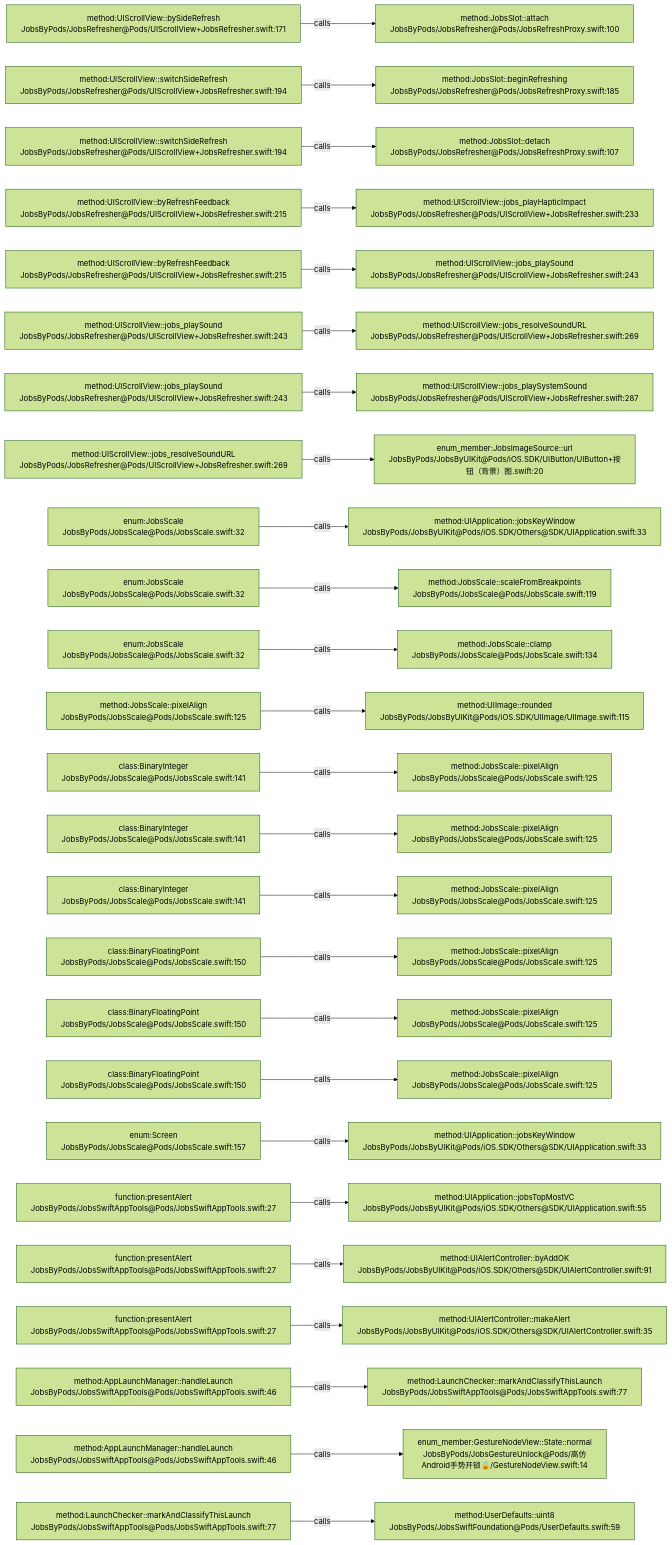
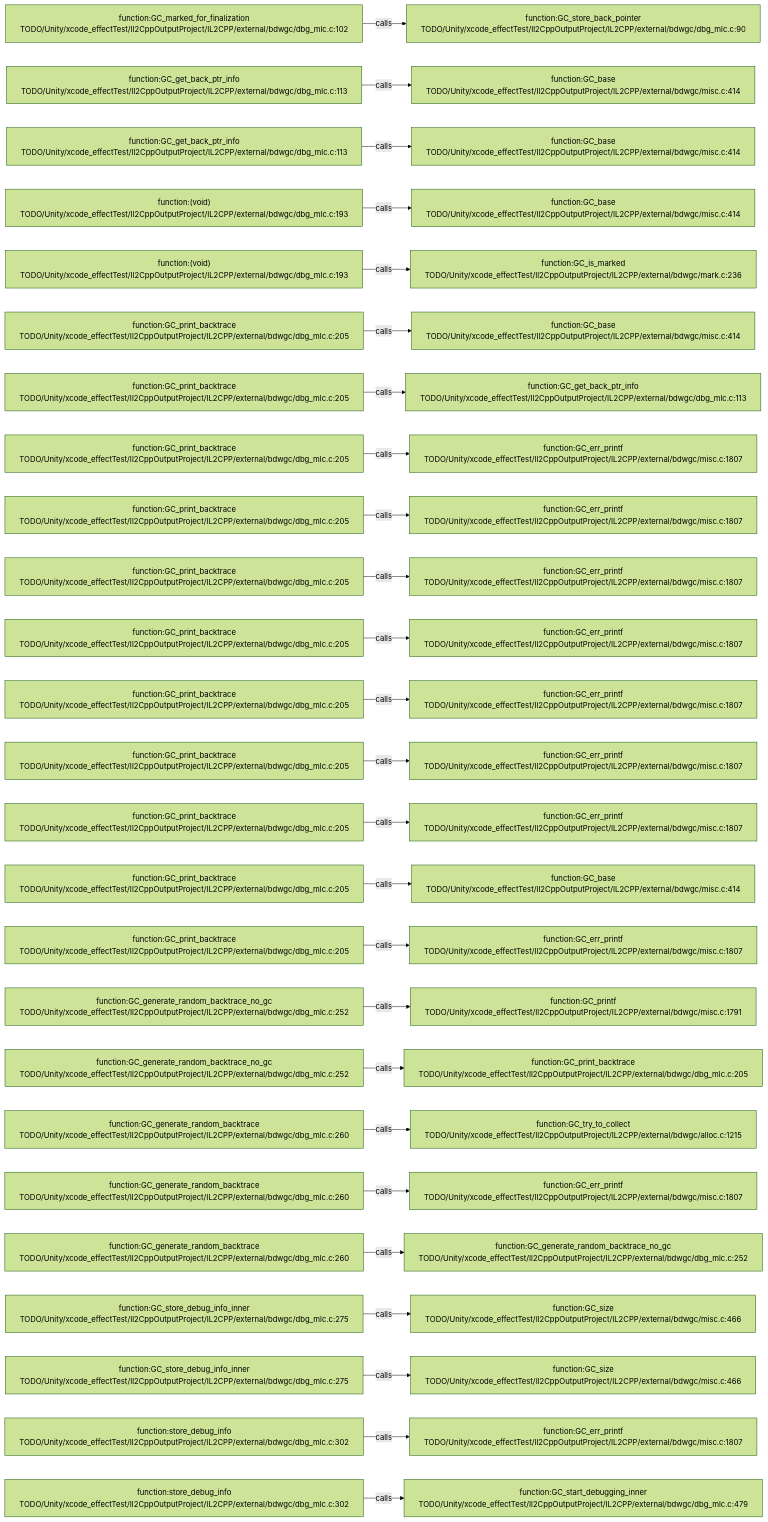
One commit to JobsKits/JobsSwiftBaseConfigDemo changed the diagram in .codegraph/codegraph.md/graphs/calls-165.md. Above: the diagram before and after it, drawn with Mermaid (forest theme). The commit also changed 569 other files, not shown here.

````diff
--- a/.codegraph/codegraph.md/graphs/calls-165.md
+++ b/.codegraph/codegraph.md/graphs/calls-165.md
@@ -13,78 +13,78 @@
 ```mermaid
 flowchart LR
-  S1["method:UIScrollView::bySideRefresh<br/>JobsByPods/JobsRefresher@Pods/UIScrollView+JobsRefresher.swift:171"]
-  T1["method:JobsSlot::attach<br/>JobsByPods/JobsRefresher@Pods/JobsRefreshProxy.swift:100"]
+  S1["function:GC_marked_for_finalization<br/>TODO/Unity/xcode_effectTest/Il2CppOutputProject/IL2CPP/external/bdwgc/dbg_mlc.c:102"]
+  T1["function:GC_store_back_pointer<br/>TODO/Unity/xcode_effectTest/Il2CppOutputProject/IL2CPP/external/bdwgc/dbg_mlc.c:90"]
   S1 -->|calls| T1
-  S2["method:UIScrollView::switchSideRefresh<br/>JobsByPods/JobsRefresher@Pods/UIScrollView+JobsRefresher.swift:194"]
-  T2["method:JobsSlot::beginRefreshing<br/>JobsByPods/JobsRefresher@Pods/JobsRefreshProxy.swift:185"]
+  S2["function:GC_get_back_ptr_info<br/>TODO/Unity/xcode_effectTest/Il2CppOutputProject/IL2CPP/external/bdwgc/dbg_mlc.c:113"]
+  T2["function:GC_base<br/>TODO/Unity/xcode_effectTest/Il2CppOutputProject/IL2CPP/external/bdwgc/misc.c:414"]
   S2 -->|calls| T2
-  S3["method:UIScrollView::switchSideRefresh<br/>JobsByPods/JobsRefresher@Pods/UIScrollView+JobsRefresher.swift:194"]
-  T3["method:JobsSlot::detach<br/>JobsByPods/JobsRefresher@Pods/JobsRefreshProxy.swift:107"]
+  S3["function:GC_get_back_ptr_info<br/>TODO/Unity/xcode_effectTest/Il2CppOutputProject/IL2CPP/external/bdwgc/dbg_mlc.c:113"]
+  T3["function:GC_base<br/>TODO/Unity/xcode_effectTest/Il2CppOutputProject/IL2CPP/external/bdwgc/misc.c:414"]
   S3 -->|calls| T3
-  S4["method:UIScrollView::byRefreshFeedback<br/>JobsByPods/JobsRefresher@Pods/UIScrollView+JobsRefresher.swift:215"]
-  T4["method:UIScrollView::jobs_playHapticImpact<br/>JobsByPods/JobsRefresher@Pods/UIScrollView+JobsRefresher.swift:233"]
+  S4["function:(void)<br/>TODO/Unity/xcode_effectTest/Il2CppOutputProject/IL2CPP/external/bdwgc/dbg_mlc.c:193"]
+  T4["function:GC_base<br/>TODO/Unity/xcode_effectTest/Il2CppOutputProject/IL2CPP/external/bdwgc/misc.c:414"]
   S4 -->|calls| T4
-  S5["method:UIScrollView::byRefreshFeedback<br/>JobsByPods/JobsRefresher@Pods/UIScrollView+JobsRefresher.swift:215"]
-  T5["method:UIScrollView::jobs_playSound<br/>JobsByPods/JobsRefresher@Pods/UIScrollView+JobsRefresher.swift:243"]
+  S5["function:(void)<br/>TODO/Unity/xcode_effectTest/Il2CppOutputProject/IL2CPP/external/bdwgc/dbg_mlc.c:193"]
+  T5["function:GC_is_marked<br/>TODO/Unity/xcode_effectTest/Il2CppOutputProject/IL2CPP/external/bdwgc/mark.c:236"]
   S5 -->|calls| T5
-  S6["method:UIScrollView::jobs_playSound<br/>JobsByPods/JobsRefresher@Pods/UIScrollView+JobsRefresher.swift:243"]
-  T6["method:UIScrollView::jobs_resolveSoundURL<br/>JobsByPods/JobsRefresher@Pods/UIScrollView+JobsRefresher.swift:269"]
+  S6["function:GC_print_backtrace<br/>TODO/Unity/xcode_effectTest/Il2CppOutputProject/IL2CPP/external/bdwgc/dbg_mlc.c:205"]
+  T6["function:GC_base<br/>TODO/Unity/xcode_effectTest/Il2CppOutputProject/IL2CPP/external/bdwgc/misc.c:414"]
   S6 -->|calls| T6
-  S7["method:UIScrollView::jobs_playSound<br/>JobsByPods/JobsRefresher@Pods/UIScrollView+JobsRefresher.swift:243"]
-  T7["method:UIScrollView::jobs_playSystemSound<br/>JobsByPods/JobsRefresher@Pods/UIScrollView+JobsRefresher.swift:287"]
+  S7["function:GC_print_backtrace<br/>TODO/Unity/xcode_effectTest/Il2CppOutputProject/IL2CPP/external/bdwgc/dbg_mlc.c:205"]
+  T7["function:GC_get_back_ptr_info<br/>TODO/Unity/xcode_effectTest/Il2CppOutputProject/IL2CPP/external/bdwgc/dbg_mlc.c:113"]
   S7 -->|calls| T7
-  S8["method:UIScrollView::jobs_resolveSoundURL<br/>JobsByPods/JobsRefresher@Pods/UIScrollView+JobsRefresher.swift:269"]
-  T8["enum_member:JobsImageSource::url<br/>JobsByPods/JobsByUIKit@Pods/iOS.SDK/UIButton/UIButton+按钮（背景）图.swift:20"]
+  S8["function:GC_print_backtrace<br/>TODO/Unity/xcode_effectTest/Il2CppOutputProject/IL2CPP/external/bdwgc/dbg_mlc.c:205"]
+  T8["function:GC_err_printf<br/>TODO/Unity/xcode_effectTest/Il2CppOutputProject/IL2CPP/external/bdwgc/misc.c:1807"]
   S8 -->|calls| T8
-  S9["enum:JobsScale<br/>JobsByPods/JobsScale@Pods/JobsScale.swift:32"]
-  T9["method:UIApplication::jobsKeyWindow<br/>JobsByPods/JobsByUIKit@Pods/iOS.SDK/Others@SDK/UIApplication.swift:33"]
+  S9["function:GC_print_backtrace<br/>TODO/Unity/xcode_effectTest/Il2CppOutputProject/IL2CPP/external/bdwgc/dbg_mlc.c:205"]
+  T9["function:GC_err_printf<br/>TODO/Unity/xcode_effectTest/Il2CppOutputProject/IL2CPP/external/bdwgc/misc.c:1807"]
   S9 -->|calls| T9
-  S10["enum:JobsScale<br/>JobsByPods/JobsScale@Pods/JobsScale.swift:32"]
-  T10["method:JobsScale::scaleFromBreakpoints<br/>JobsByPods/JobsScale@Pods/JobsScale.swift:119"]
+  S10["function:GC_print_backtrace<br/>TODO/Unity/xcode_effectTest/Il2CppOutputProject/IL2CPP/external/bdwgc/dbg_mlc.c:205"]
+  T10["function:GC_err_printf<br/>TODO/Unity/xcode_effectTest/Il2CppOutputProject/IL2CPP/external/bdwgc/misc.c:1807"]
   S10 -->|calls| T10
-  S11["enum:JobsScale<br/>JobsByPods/JobsScale@Pods/JobsScale.swift:32"]
-  T11["method:JobsScale::clamp<br/>JobsByPods/JobsScale@Pods/JobsScale.swift:134"]
+  S11["function:GC_print_backtrace<br/>TODO/Unity/xcode_effectTest/Il2CppOutputProject/IL2CPP/external/bdwgc/dbg_mlc.c:205"]
+  T11["function:GC_err_printf<br/>TODO/Unity/xcode_effectTest/Il2CppOutputProject/IL2CPP/external/bdwgc/misc.c:1807"]
   S11 -->|calls| T11
-  S12["method:JobsScale::pixelAlign<br/>JobsByPods/JobsScale@Pods/JobsScale.swift:125"]
-  T12["method:UIImage::rounded<br/>JobsByPods/JobsByUIKit@Pods/iOS.SDK/UIImage/UIImage.swift:115"]
+  S12["function:GC_print_backtrace<br/>TODO/Unity/xcode_effectTest/Il2CppOutputProject/IL2CPP/external/bdwgc/dbg_mlc.c:205"]
+  T12["function:GC_err_printf<br/>TODO/Unity/xcode_effectTest/Il2CppOutputProject/IL2CPP/external/bdwgc/misc.c:1807"]
   S12 -->|calls| T12
-  S13["class:BinaryInteger<br/>JobsByPods/JobsScale@Pods/JobsScale.swift:141"]
-  T13["method:JobsScale::pixelAlign<br/>JobsByPods/JobsScale@Pods/JobsScale.swift:125"]
+  S13["function:GC_print_backtrace<br/>TODO/Unity/xcode_effectTest/Il2CppOutputProject/IL2CPP/external/bdwgc/dbg_mlc.c:205"]
+  T13["function:GC_err_printf<br/>TODO/Unity/xcode_effectTest/Il2CppOutputProject/IL2CPP/external/bdwgc/misc.c:1807"]
   S13 -->|calls| T13
-  S14["class:BinaryInteger<br/>JobsByPods/JobsScale@Pods/JobsScale.swift:141"]
-  T14["method:JobsScale::pixelAlign<br/>JobsByPods/JobsScale@Pods/JobsScale.swift:125"]
+  S14["function:GC_print_backtrace<br/>TODO/Unity/xcode_effectTest/Il2CppOutputProject/IL2CPP/external/bdwgc/dbg_mlc.c:205"]
+  T14["function:GC_err_printf<br/>TODO/Unity/xcode_effectTest/Il2CppOutputProject/IL2CPP/external/bdwgc/misc.c:1807"]
   S14 -->|calls| T14
-  S15["class:BinaryInteger<br/>JobsByPods/JobsScale@Pods/JobsScale.swift:141"]
-  T15["method:JobsScale::pixelAlign<br/>JobsByPods/JobsScale@Pods/JobsScale.swift:125"]
+  S15["function:GC_print_backtrace<br/>TODO/Unity/xcode_effectTest/Il2CppOutputProject/IL2CPP/external/bdwgc/dbg_mlc.c:205"]
+  T15["function:GC_base<br/>TODO/Unity/xcode_effectTest/Il2CppOutputProject/IL2CPP/external/bdwgc/misc.c:414"]
   S15 -->|calls| T15
-  S16["class:BinaryFloatingPoint<br/>JobsByPods/JobsScale@Pods/JobsScale.swift:150"]
-  T16["method:JobsScale::pixelAlign<br/>JobsByPods/JobsScale@Pods/JobsScale.swift:125"]
+  S16["function:GC_print_backtrace<br/>TODO/Unity/xcode_effectTest/Il2CppOutputProject/IL2CPP/external/bdwgc/dbg_mlc.c:205"]
+  T16["function:GC_err_printf<br/>TODO/Unity/xcode_effectTest/Il2CppOutputProject/IL2CPP/external/bdwgc/misc.c:1807"]
   S16 -->|calls| T16
-  S17["class:BinaryFloatingPoint<br/>JobsByPods/JobsScale@Pods/JobsScale.swift:150"]
-  T17["method:JobsScale::pixelAlign<br/>JobsByPods/JobsScale@Pods/JobsScale.swift:125"]
+  S17["function:GC_generate_random_backtrace_no_gc<br/>TODO/Unity/xcode_effectTest/Il2CppOutputProject/IL2CPP/external/bdwgc/dbg_mlc.c:252"]
+  T17["function:GC_printf<br/>TODO/Unity/xcode_effectTest/Il2CppOutputProject/IL2CPP/external/bdwgc/misc.c:1791"]
   S17 -->|calls| T17
-  S18["class:BinaryFloatingPoint<br/>JobsByPods/JobsScale@Pods/JobsScale.swift:150"]
-  T18["method:JobsScale::pixelAlign<br/>JobsByPods/JobsScale@Pods/JobsScale.swift:125"]
+  S18["function:GC_generate_random_backtrace_no_gc<br/>TODO/Unity/xcode_effectTest/Il2CppOutputProject/IL2CPP/external/bdwgc/dbg_mlc.c:252"]
+  T18["function:GC_print_backtrace<br/>TODO/Unity/xcode_effectTest/Il2CppOutputProject/IL2CPP/external/bdwgc/dbg_mlc.c:205"]
   S18 -->|calls| T18
-  S19["enum:Screen<br/>JobsByPods/JobsScale@Pods/JobsScale.swift:157"]
-  T19["method:UIApplication::jobsKeyWindow<br/>JobsByPods/JobsByUIKit@Pods/iOS.SDK/Others@SDK/UIApplication.swift:33"]
+  S19["function:GC_generate_random_backtrace<br/>TODO/Unity/xcode_effectTest/Il2CppOutputProject/IL2CPP/external/bdwgc/dbg_mlc.c:260"]
+  T19["function:GC_try_to_collect<br/>TODO/Unity/xcode_effectTest/Il2CppOutputProject/IL2CPP/external/bdwgc/alloc.c:1215"]
   S19 -->|calls| T19
-  S20["function:presentAlert<br/>JobsByPods/JobsSwiftAppTools@Pods/JobsSwiftAppTools.swift:27"]
-  T20["method:UIApplication::jobsTopMostVC<br/>JobsByPods/JobsByUIKit@Pods/iOS.SDK/Others@SDK/UIApplication.swift:55"]
+  S20["function:GC_generate_random_backtrace<br/>TODO/Unity/xcode_effectTest/Il2CppOutputProject/IL2CPP/external/bdwgc/dbg_mlc.c:260"]
+  T20["function:GC_err_printf<br/>TODO/Unity/xcode_effectTest/Il2CppOutputProject/IL2CPP/external/bdwgc/misc.c:1807"]
   S20 -->|calls| T20
-  S21["function:presentAlert<br/>JobsByPods/JobsSwiftAppTools@Pods/JobsSwiftAppTools.swift:27"]
-  T21["method:UIAlertController::byAddOK<br/>JobsByPods/JobsByUIKit@Pods/iOS.SDK/Others@SDK/UIAlertController.swift:91"]
+  S21["function:GC_generate_random_backtrace<br/>TODO/Unity/xcode_effectTest/Il2CppOutputProject/IL2CPP/external/bdwgc/dbg_mlc.c:260"]
+  T21["function:GC_generate_random_backtrace_no_gc<br/>TODO/Unity/xcode_effectTest/Il2CppOutputProject/IL2CPP/external/bdwgc/dbg_mlc.c:252"]
   S21 -->|calls| T21
-  S22["function:presentAlert<br/>JobsByPods/JobsSwiftAppTools@Pods/JobsSwiftAppTools.swift:27"]
-  T22["method:UIAlertController::makeAlert<br/>JobsByPods/JobsByUIKit@Pods/iOS.SDK/Others@SDK/UIAlertController.swift:35"]
+  S22["function:GC_store_debug_info_inner<br/>TODO/Unity/xcode_effectTest/Il2CppOutputProject/IL2CPP/external/bdwgc/dbg_mlc.c:275"]
+  T22["function:GC_size<br/>TODO/Unity/xcode_effectTest/Il2CppOutputProject/IL2CPP/external/bdwgc/misc.c:466"]
   S22 -->|calls| T22
-  S23["method:AppLaunchManager::handleLaunch<br/>JobsByPods/JobsSwiftAppTools@Pods/JobsSwiftAppTools.swift:46"]
-  T23["method:LaunchChecker::markAndClassifyThisLaunch<br/>JobsByPods/JobsSwiftAppTools@Pods/JobsSwiftAppTools.swift:77"]
+  S23["function:GC_store_debug_info_inner<br/>TODO/Unity/xcode_effectTest/Il2CppOutputProject/IL2CPP/external/bdwgc/dbg_mlc.c:275"]
+  T23["function:GC_size<br/>TODO/Unity/xcode_effectTest/Il2CppOutputProject/IL2CPP/external/bdwgc/misc.c:466"]
   S23 -->|calls| T23
-  S24["method:AppLaunchManager::handleLaunch<br/>JobsByPods/JobsSwiftAppTools@Pods/JobsSwiftAppTools.swift:46"]
-  T24["enum_member:GestureNodeView::State::normal<br/>JobsByPods/JobsGestureUnlock@Pods/高仿Android手势开锁🔒/GestureNodeView.swift:14"]
+  S24["function:store_debug_info<br/>TODO/Unity/xcode_effectTest/Il2CppOutputProject/IL2CPP/external/bdwgc/dbg_mlc.c:302"]
+  T24["function:GC_err_printf<br/>TODO/Unity/xcode_effectTest/Il2CppOutputProject/IL2CPP/external/bdwgc/misc.c:1807"]
   S24 -->|calls| T24
-  S25["method:LaunchChecker::markAndClassifyThisLaunch<br/>JobsByPods/JobsSwiftAppTools@Pods/JobsSwiftAppTools.swift:77"]
-  T25["method:UserDefaults::uint8<br/>JobsByPods/JobsSwiftFoundation@Pods/UserDefaults.swift:59"]
+  S25["function:store_debug_info<br/>TODO/Unity/xcode_effectTest/Il2CppOutputProject/IL2CPP/external/bdwgc/dbg_mlc.c:302"]
+  T25["function:GC_start_debugging_inner<br/>TODO/Unity/xcode_effectTest/Il2CppOutputProject/IL2CPP/external/bdwgc/dbg_mlc.c:479"]
   S25 -->|calls| T25
 ```
````
